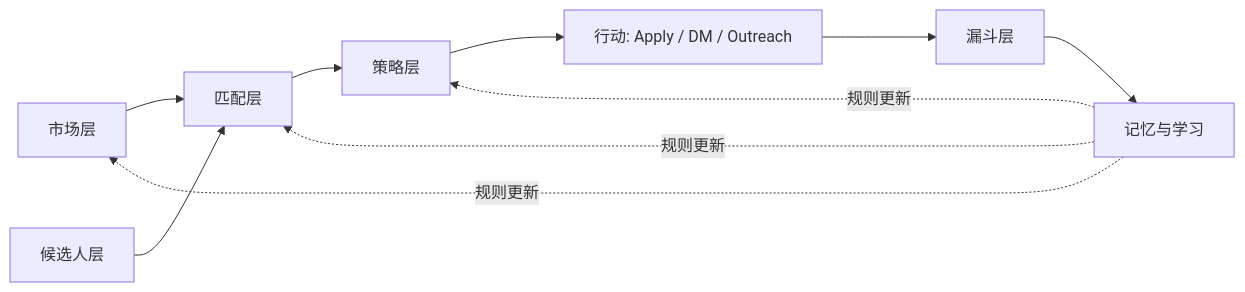
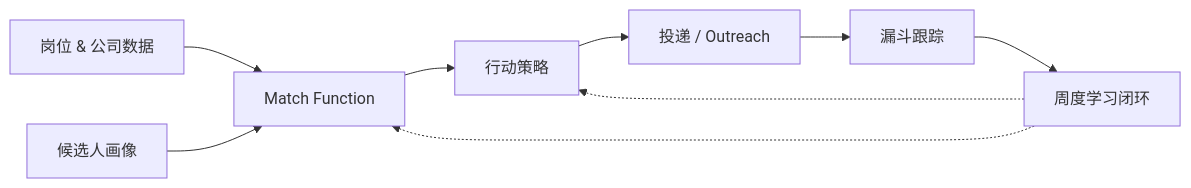
The diagram in README_CN.md (Xiao-yun-Hu/ai-job-search-os), drawn with Mermaid before and after one commit. The commit also changed other lines of this file and 1 other file, not shown here.

````diff
--- a/README_CN.md
+++ b/README_CN.md
@@ -74,12 +78,11 @@
 ```mermaid
 flowchart LR
-    M[市场层] --> Match[匹配层]
-    C[候选人层] --> Match
-    Match --> S[策略层]
-    S --> ACT[行动: Apply / DM / Outreach]
-    ACT --> F[漏斗层]
-    F --> Memo[记忆与学习]
-    Memo -.规则更新.-> M
-    Memo -.规则更新.-> Match
-    Memo -.规则更新.-> S
+    A[岗位 & 公司数据] --> C[Match Function]
+    B[候选人画像] --> C
+    C --> D[行动策略]
+    D --> E[投递 / Outreach]
+    E --> F[漏斗跟踪]
+    F --> G[周度学习闭环]
+    G -.-> C
+    G -.-> D
 ```
````
